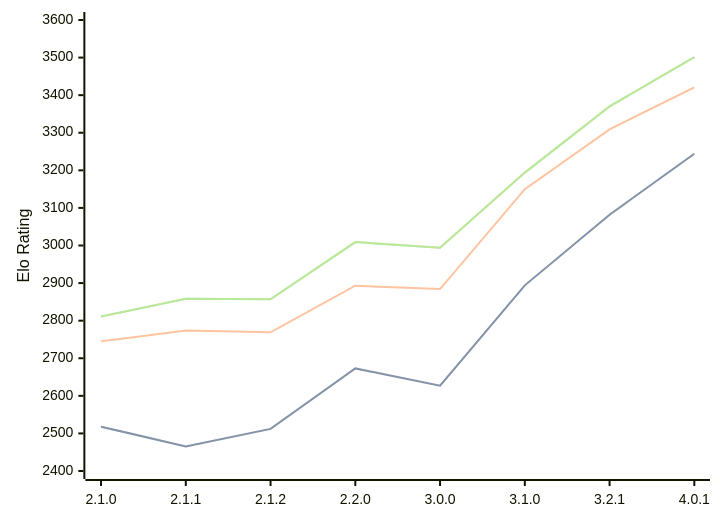
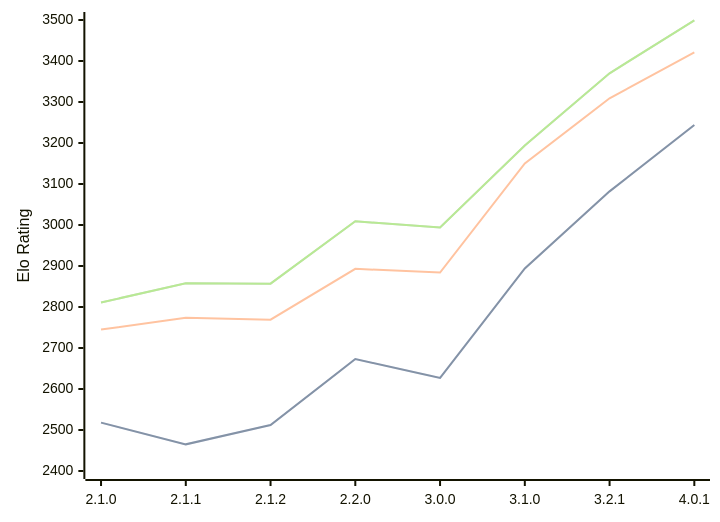
Before and after one commit to computer-chess-index/cci: the diagram in engines/Prune.md, drawn with Mermaid. The commit also changed other lines of this file, not shown here.

Commit message:
Update CCI Ratings (ELO VLTC) - 2026-07-19

````diff
--- a/engines/Prune.md
+++ b/engines/Prune.md
@@ -44,11 +44,11 @@
 ```mermaid
 %%{init: {"theme":"base","themeVariables":{"seriesColors:['#a3a3a3','#222221','#faa371']}}}%%
 xychart-beta
   x-axis ["2.1.0", "2.1.1", "2.1.2", "2.2.0", "3.0.0", "3.1.0", "3.2.1", "4.0.1"]
-  y-axis "Elo Rating" 2400 --> 3600
+  y-axis "Elo Rating" 2400 --> 3500
   line "STC (8.0+0.08s)" [2518, 2465, 2512, 2673, 2627, 2894, 3082, 3244]
   line "STC (8.0+0.08s)" [2518, 2465, 2512, 2673, 2627, 2894, 3082, 3244]
   line "LTC (60.0+0.60s)" [2745, 2774, 2769, 2893, 2884, 3150, 3309, 3421]
-  line "VLTC (2m24s+1.12s)" [2811, 2858, 2857, 3009, 2994, 3194, 3370, 3501]
-  line "VLTC (2m24s+1.12s)" [2811, 2858, 2857, 3009, 2994, 3194, 3370, 3501]
+  line "VLTC (2m24s+1.12s)" [2811, 2858, 2857, 3009, 2994, 3194, 3370, 3499]
+  line "VLTC (2m24s+1.12s)" [2811, 2858, 2857, 3009, 2994, 3194, 3370, 3499]
 ```
````
